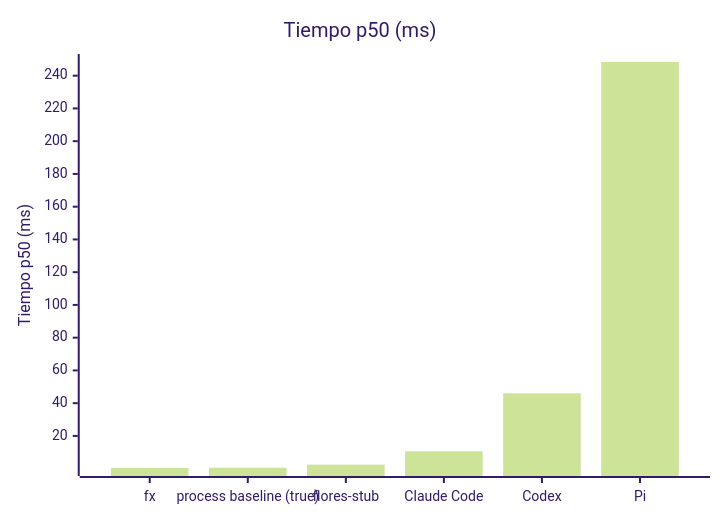
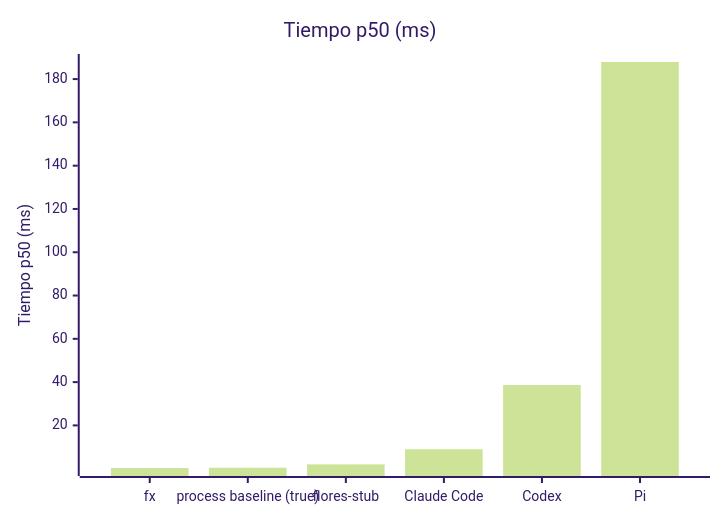
One commit to sfloresone/flores changed the fifth of 6 diagrams in benchmarks/published/README.md. Above: the diagram before and after it, drawn with Mermaid (forest theme). The commit also changed other lines of this file and 6 other files, not shown here.

````diff
--- a/benchmarks/published/README.md
+++ b/benchmarks/published/README.md
@@ -168,7 +168,7 @@
 ```mermaid
 xychart-beta
     title "Tiempo p50 (ms)"
     x-axis ["fx", "process baseline (true)", "flores-stub", "Claude Code", "Codex", "Pi"]
     y-axis "Tiempo p50 (ms)"
-    bar [0.42, 0.59, 2.47, 10.64, 46.05, 248.35]
+    bar [0.32, 0.46, 2.00, 9.00, 38.64, 187.89]
 ```
````
